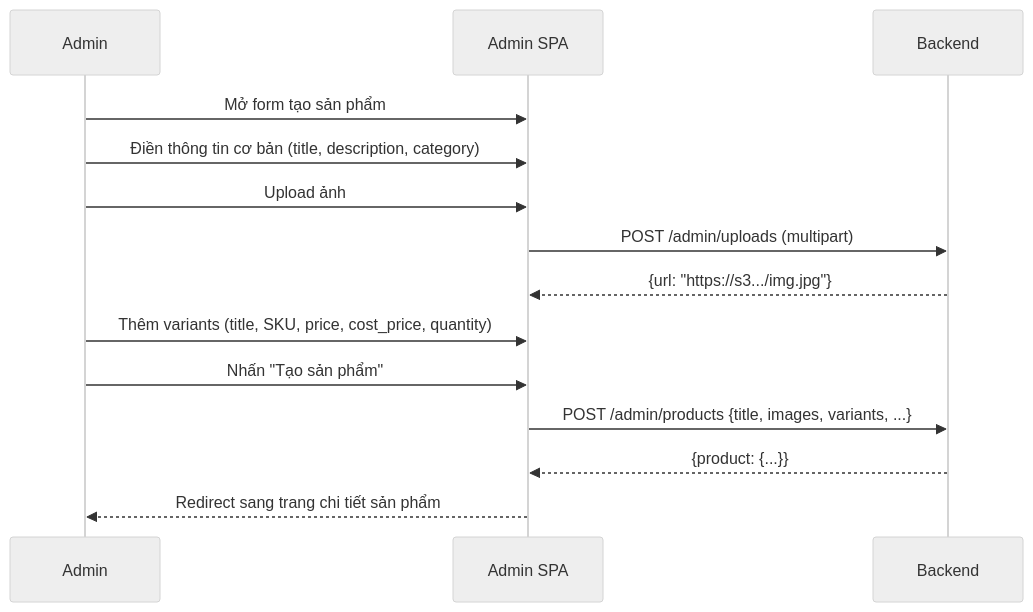
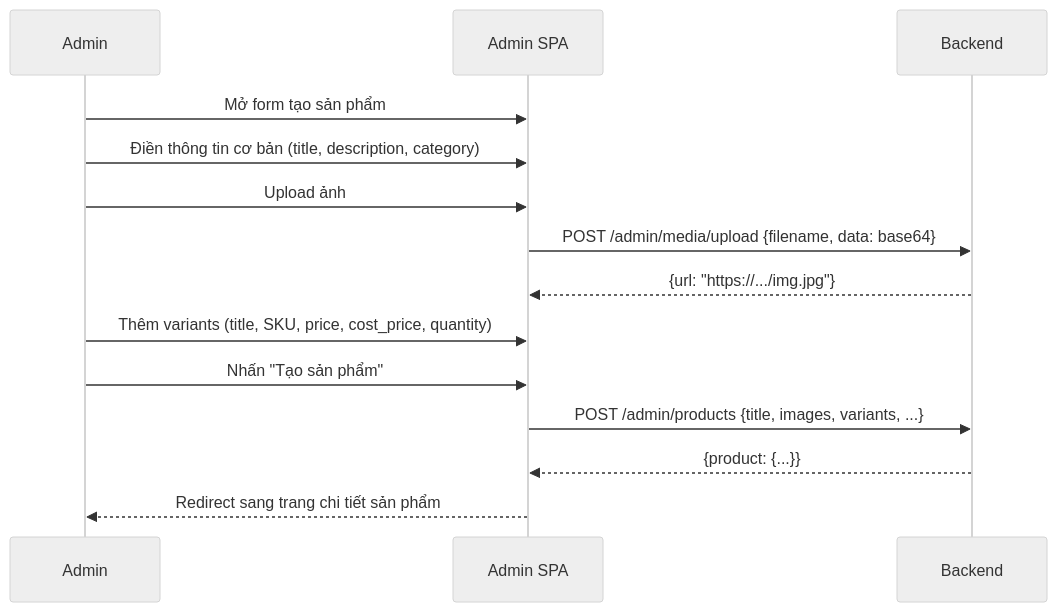
One commit to pathust/mong.fruitboxz changed the second of 3 diagrams in docs/05-admin/README.md. Above: the diagram before and after it, drawn with Mermaid (neutral theme). The commit also changed other lines of this file, not shown here.

First line of the commit message:
docs(admin): finish cleanup of stray /admin/uploads and colon-syntax refs

````diff
--- a/docs/05-admin/README.md
+++ b/docs/05-admin/README.md
@@ -54,17 +54,17 @@
 ```mermaid
 sequenceDiagram
     participant ADM as Admin
     participant UI as Admin SPA
     participant API as Backend
 
     ADM->>UI: Mở form tạo sản phẩm
     ADM->>UI: Điền thông tin cơ bản (title, description, category)
     ADM->>UI: Upload ảnh
-    UI->>API: POST /admin/uploads (multipart)
-    API-->>UI: {url: "https://s3.../img.jpg"}
+    UI->>API: POST /admin/media/upload {filename, data: base64}
+    API-->>UI: {url: "https://.../img.jpg"}
     ADM->>UI: Thêm variants (title, SKU, price, cost_price, quantity)
     ADM->>UI: Nhấn "Tạo sản phẩm"
     UI->>API: POST /admin/products {title, images, variants, ...}
     API-->>UI: {product: {...}}
     UI-->>ADM: Redirect sang trang chi tiết sản phẩm
 ```
````
